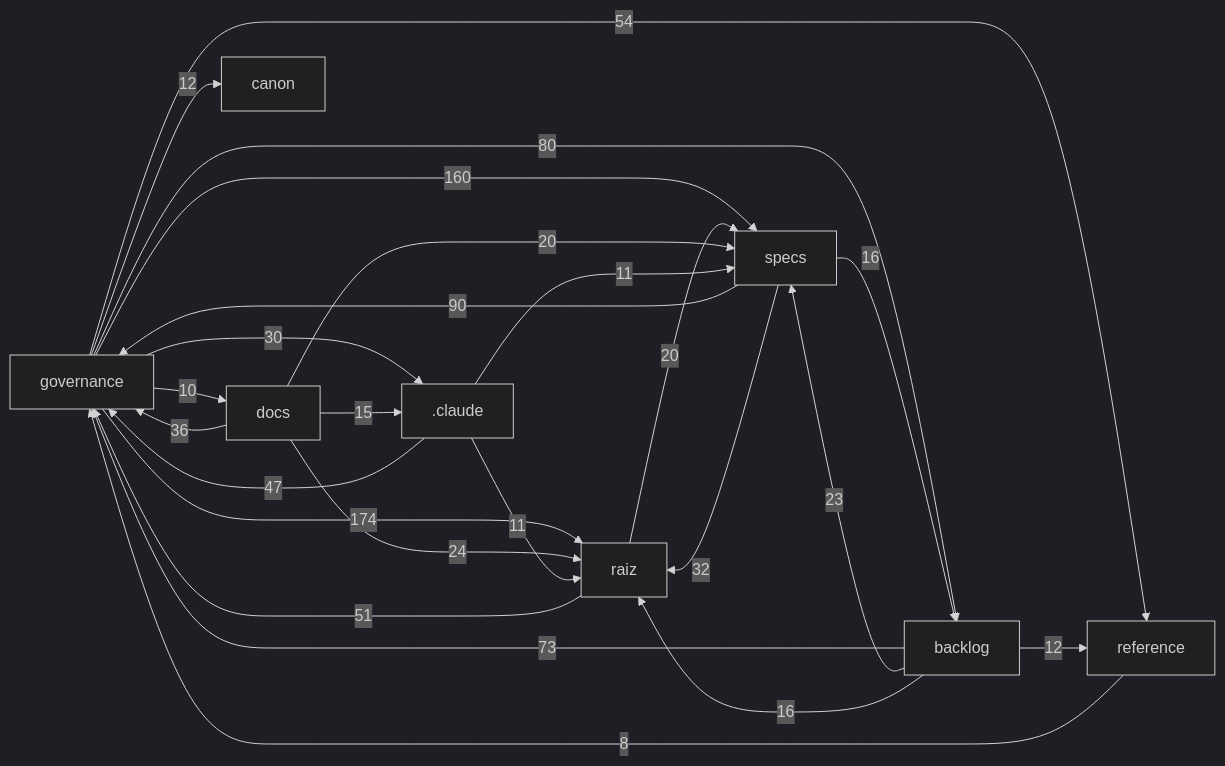
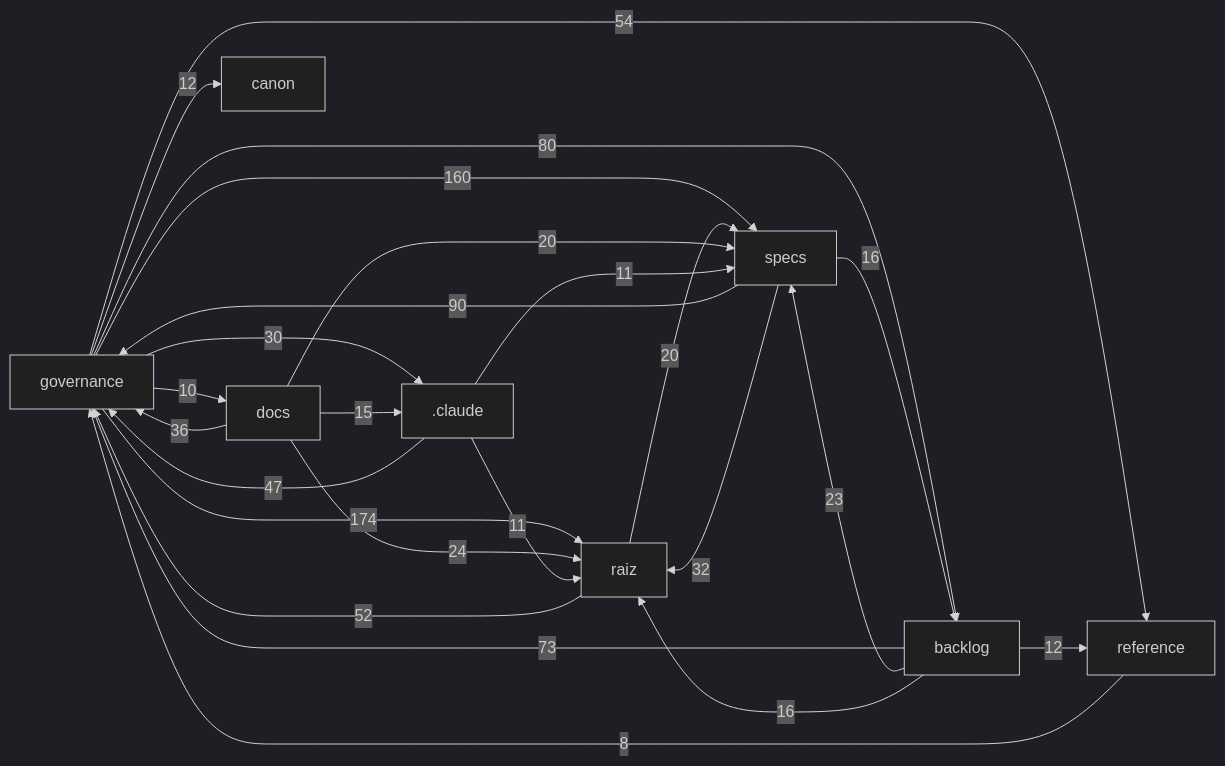
Before and after one commit to Andraus35/Sistema-Operacional-de-Trading--SOT: the diagram in docs/mapa/MAPA-PROJETO.md, drawn with Mermaid (dark theme). The commit also changed other lines of this file and 2 other files, not shown here.

First line of the commit message:
docs(ROADMAP): sincronizar §25-bis/§26 com a homologação da SPEC-046 v1.1

````diff
--- a/docs/mapa/MAPA-PROJETO.md
+++ b/docs/mapa/MAPA-PROJETO.md
@@ -29,27 +29,27 @@
 ```mermaid
 flowchart LR
   governance["governance"] -->|174| raiz["raiz"]
   governance["governance"] -->|160| specs["specs"]
   specs["specs"] -->|90| governance["governance"]
   governance["governance"] -->|80| backlog["backlog"]
   backlog["backlog"] -->|73| governance["governance"]
   governance["governance"] -->|54| reference["reference"]
-  raiz["raiz"] -->|51| governance["governance"]
+  raiz["raiz"] -->|52| governance["governance"]
   _claude[".claude"] -->|47| governance["governance"]
   docs["docs"] -->|36| governance["governance"]
   specs["specs"] -->|32| raiz["raiz"]
   governance["governance"] -->|30| _claude[".claude"]
   docs["docs"] -->|24| raiz["raiz"]
   backlog["backlog"] -->|23| specs["specs"]
   raiz["raiz"] -->|20| specs["specs"]
   docs["docs"] -->|20| specs["specs"]
   backlog["backlog"] -->|16| raiz["raiz"]
   specs["specs"] -->|16| backlog["backlog"]
   docs["docs"] -->|15| _claude[".claude"]
   backlog["backlog"] -->|12| reference["reference"]
   governance["governance"] -->|12| canon["canon"]
   _claude[".claude"] -->|11| raiz["raiz"]
   _claude[".claude"] -->|11| specs["specs"]
   governance["governance"] -->|10| docs["docs"]
   reference["reference"] -->|8| governance["governance"]
 ```
````
